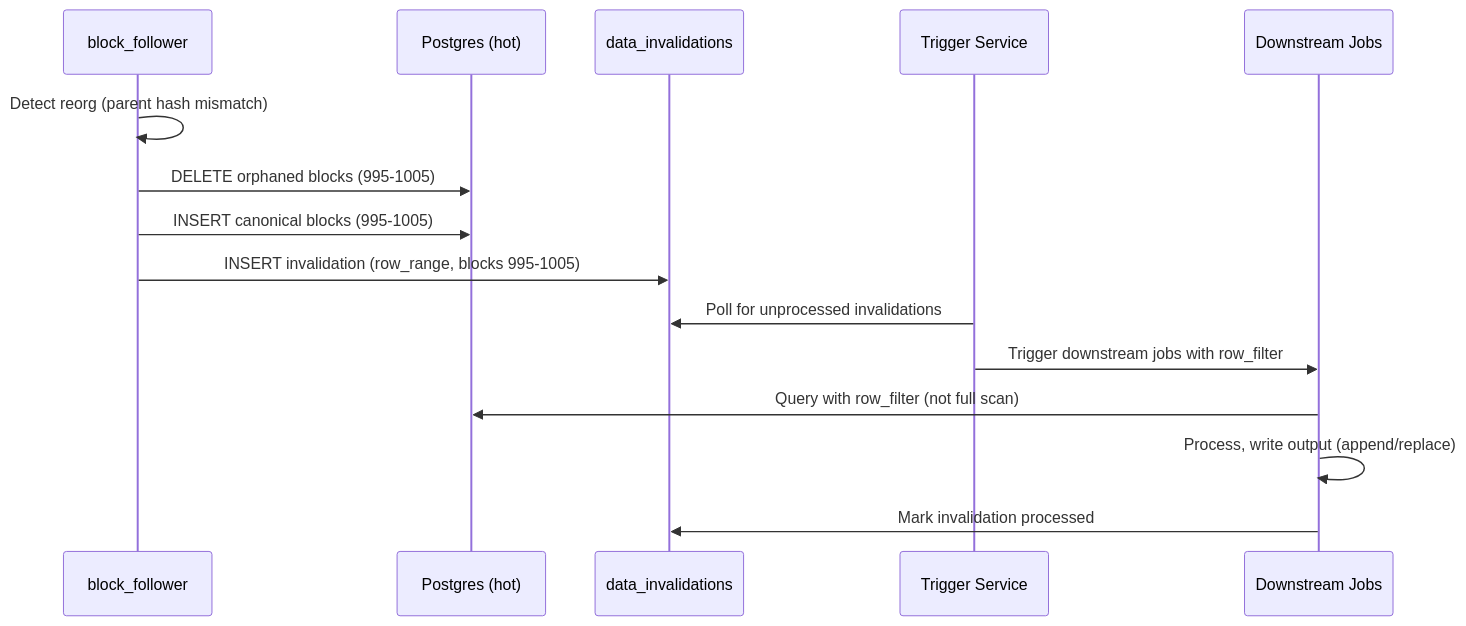
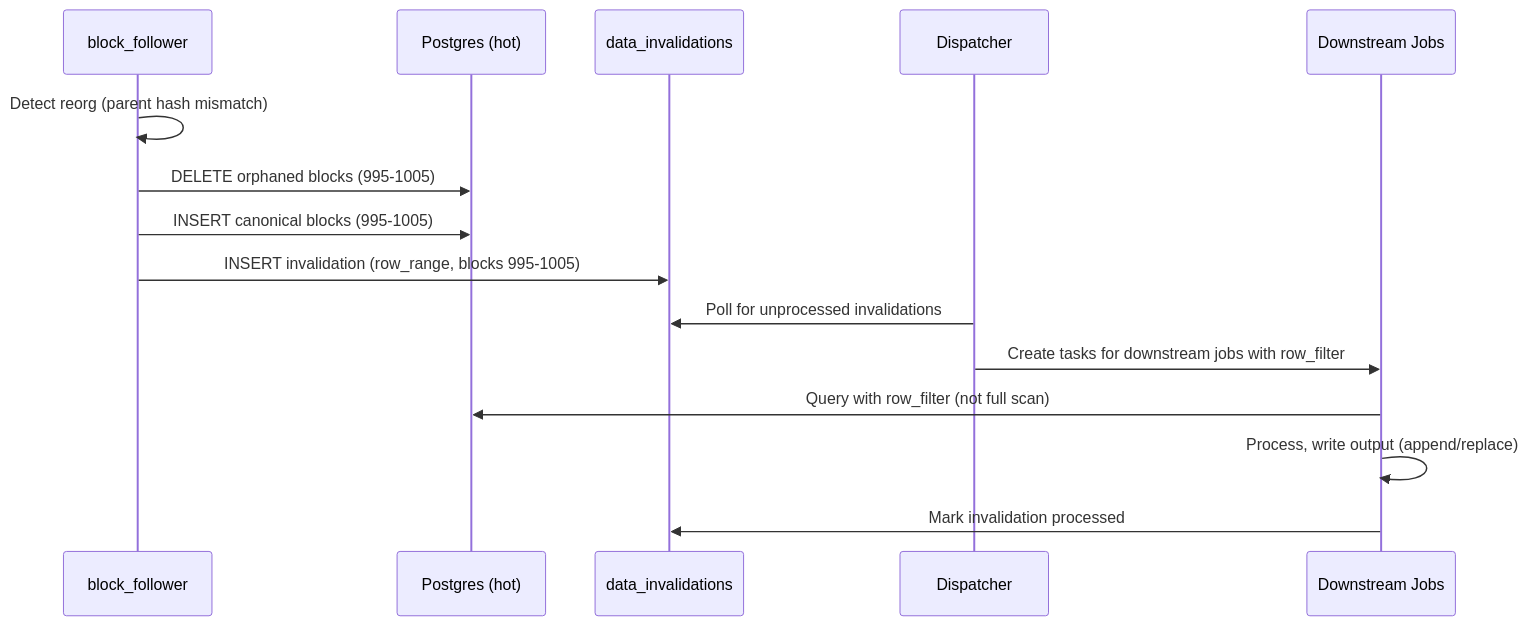
One commit to c7121/trace changed the diagram in docs/architecture/data_versioning.md. Above: the diagram before and after it, drawn with Mermaid. The commit also changed other lines of this file and 17 other files, not shown here.

````diff
--- a/docs/architecture/data_versioning.md
+++ b/docs/architecture/data_versioning.md
@@ -167,18 +167,18 @@
 ```mermaid
 sequenceDiagram
     participant BF as block_follower
     participant PG as Postgres (hot)
     participant INV as data_invalidations
-    participant TS as Trigger Service
+    participant DISP as Dispatcher
     participant DS as Downstream Jobs
 
     BF->>BF: Detect reorg (parent hash mismatch)
     BF->>PG: DELETE orphaned blocks (995-1005)
     BF->>PG: INSERT canonical blocks (995-1005)
     BF->>INV: INSERT invalidation (row_range, blocks 995-1005)
-    TS->>INV: Poll for unprocessed invalidations
-    TS->>DS: Trigger downstream jobs with row_filter
+    DISP->>INV: Poll for unprocessed invalidations
+    DISP->>DS: Create tasks for downstream jobs with row_filter
     DS->>PG: Query with row_filter (not full scan)
     DS->>DS: Process, write output (append/replace)
     DS->>INV: Mark invalidation processed
 ```
````
